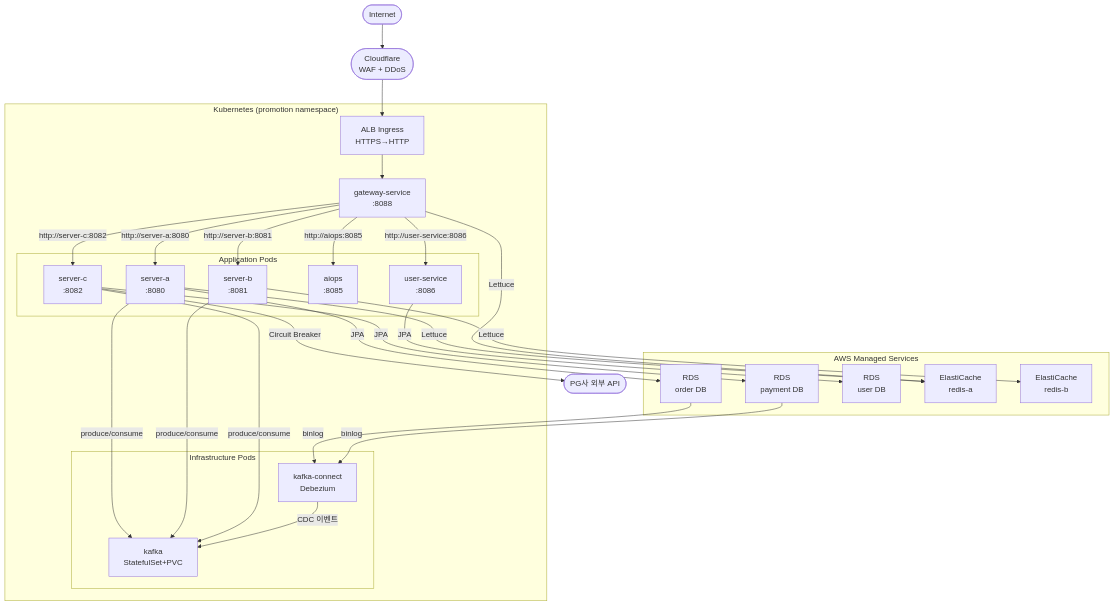
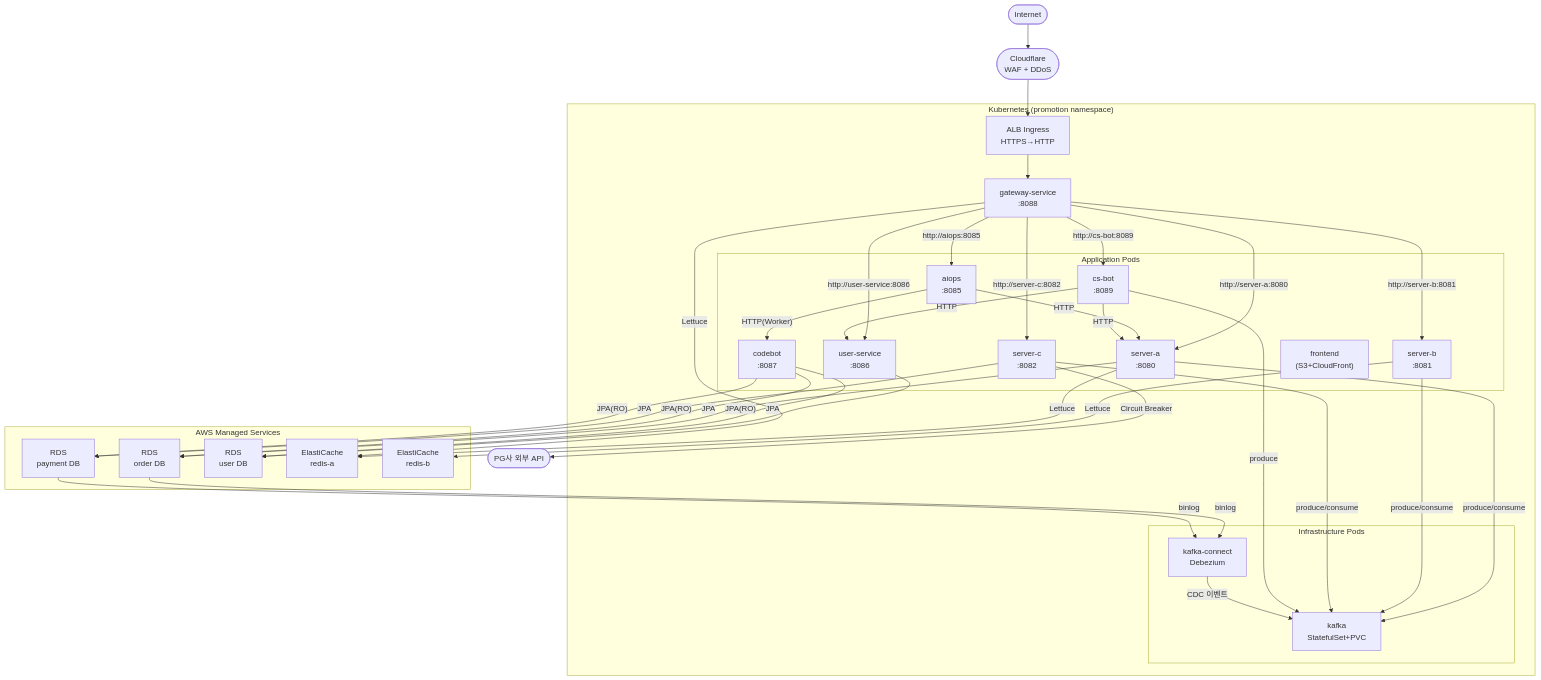
Before and after one commit to michi2012/goods-promotion-project: the second of 3 diagrams in docs/infra-diagram.md, drawn with Mermaid. The commit also changed other lines of this file and 2 other files, not shown here.

````diff
--- a/docs/infra-diagram.md
+++ b/docs/infra-diagram.md
@@ -80,56 +95,68 @@
 ```mermaid
 flowchart TD
     Internet(["Internet"])
     CF(["Cloudflare\nWAF + DDoS"])
 
     subgraph K8s["Kubernetes (promotion namespace)"]
         ALB["ALB Ingress\nHTTPS→HTTP"]
         GW["gateway-service\n:8088"]
 
         subgraph App["Application Pods"]
             A["server-a\n:8080"]
             B["server-b\n:8081"]
             C["server-c\n:8082"]
             AIO["aiops\n:8085"]
             US["user-service\n:8086"]
+            CB["codebot\n:8087"]
+            CS["cs-bot\n:8089"]
+            FE["frontend\n(S3+CloudFront)"]
         end
 
         subgraph Infra["Infrastructure Pods"]
             KF["kafka\nStatefulSet+PVC"]
             KC["kafka-connect\nDebezium"]
         end
     end
 
     subgraph AWSManaged["AWS Managed Services"]
         RDS_A["RDS\norder DB"]
         RDS_C["RDS\npayment DB"]
         RDS_U["RDS\nuser DB"]
         EC_A["ElastiCache\nredis-a"]
         EC_B["ElastiCache\nredis-b"]
     end
 
     PG(["PG사 외부 API"])
 
     Internet --> CF --> ALB --> GW
     GW -->|"http://server-a:8080"| A
     GW -->|"http://server-b:8081"| B
     GW -->|"http://server-c:8082"| C
     GW -->|"http://aiops:8085"| AIO
     GW -->|"http://user-service:8086"| US
+    GW -->|"http://cs-bot:8089"| CS
 
     A -->|"JPA"| RDS_A
     A -->|"Lettuce"| EC_A
     A -->|"produce/consume"| KF
     B -->|"Lettuce"| EC_B
     B -->|"produce/consume"| KF
     C -->|"JPA"| RDS_C
     C -->|"produce/consume"| KF
     GW -->|"Lettuce"| EC_A
     US -->|"JPA"| RDS_U
+    CB -->|"JPA(RO)"| RDS_A
+    CB -->|"JPA(RO)"| RDS_C
+    CB -->|"JPA(RO)"| RDS_U
+    AIO -->|"HTTP"| A
+    AIO -->|"HTTP(Worker)"| CB
+    CS -->|"HTTP"| A
+    CS -->|"HTTP"| US
+    CS -->|"produce"| KF
 
     RDS_A -->|"binlog"| KC
     RDS_C -->|"binlog"| KC
     KC -->|"CDC 이벤트"| KF
 
     C -->|"Circuit Breaker"| PG
 ```
````
